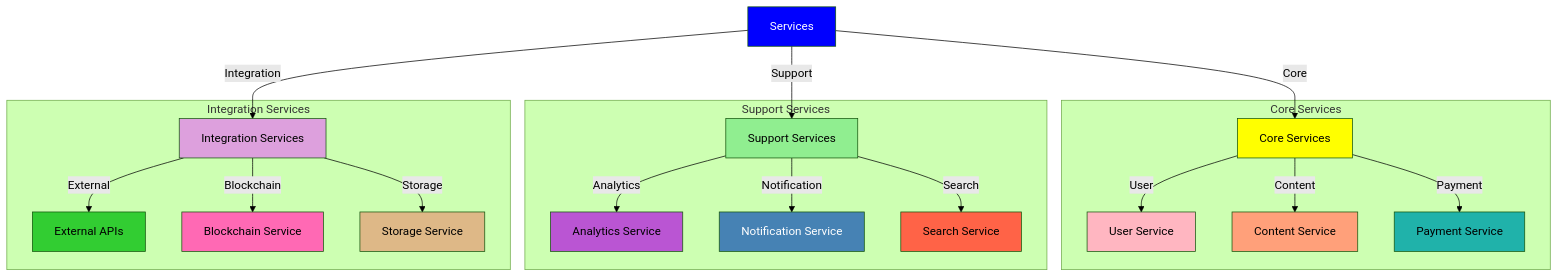
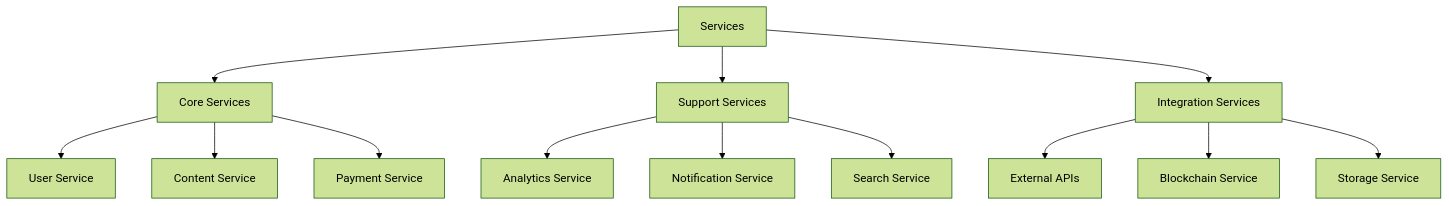
The fourth of 6 diagrams in docs/whitepaper/technical-architecture.md (MEMEFANS/memefans), drawn with Mermaid (forest theme) before and after one commit. The commit also changed other lines of this file and 1 other file, not shown here.

Commit message:
fix: optimize mermaid flowcharts format and rendering

````diff
--- a/docs/whitepaper/technical-architecture.md
+++ b/docs/whitepaper/technical-architecture.md
@@ -280,38 +145,18 @@
-<div class="mermaid">
+```mermaid
 graph TD
-    A[Services] -->|Core| B[Core Services]
-    A -->|Support| C[Support Services]
-    A -->|Integration| D[Integration Services]
+    A[Services] --> B[Core Services]
+    A --> C[Support Services]
+    A --> D[Integration Services]
     
-    subgraph Core Services
-    B -->|User| E[User Service]
-    B -->|Content| F[Content Service]
-    B -->|Payment| G[Payment Service]
-    end
+    B --> B1[User Service]
+    B --> B2[Content Service]
+    B --> B3[Payment Service]
     
-    subgraph Support Services
-    C -->|Analytics| H[Analytics Service]
-    C -->|Notification| I[Notification Service]
-    C -->|Search| J[Search Service]
-    end
+    C --> C1[Analytics Service]
+    C --> C2[Notification Service]
+    C --> C3[Search Service]
     
-    subgraph Integration Services
-    D -->|External| K[External APIs]
-    D -->|Blockchain| L[Blockchain Service]
-    D -->|Storage| M[Storage Service]
-    end
-    
-    style A fill:#0000FF,color:#FFFFFF
-    style B fill:#FFFF00,color:#000000
-    style C fill:#90EE90,color:#000000
-    style D fill:#DDA0DD,color:#000000
-    style E fill:#FFB6C1,color:#000000
-    style F fill:#FFA07A,color:#000000
-    style G fill:#20B2AA,color:#000000
-    style H fill:#BA55D3,color:#000000
-    style I fill:#4682B4,color:#FFFFFF
-    style J fill:#FF6347,color:#000000
-    style K fill:#32CD32,color:#000000
-    style L fill:#FF69B4,color:#000000
-    style M fill:#DEB887,color:#000000
-</div>
+    D --> D1[External APIs]
+    D --> D2[Blockchain Service]
+    D --> D3[Storage Service]
+```
````
